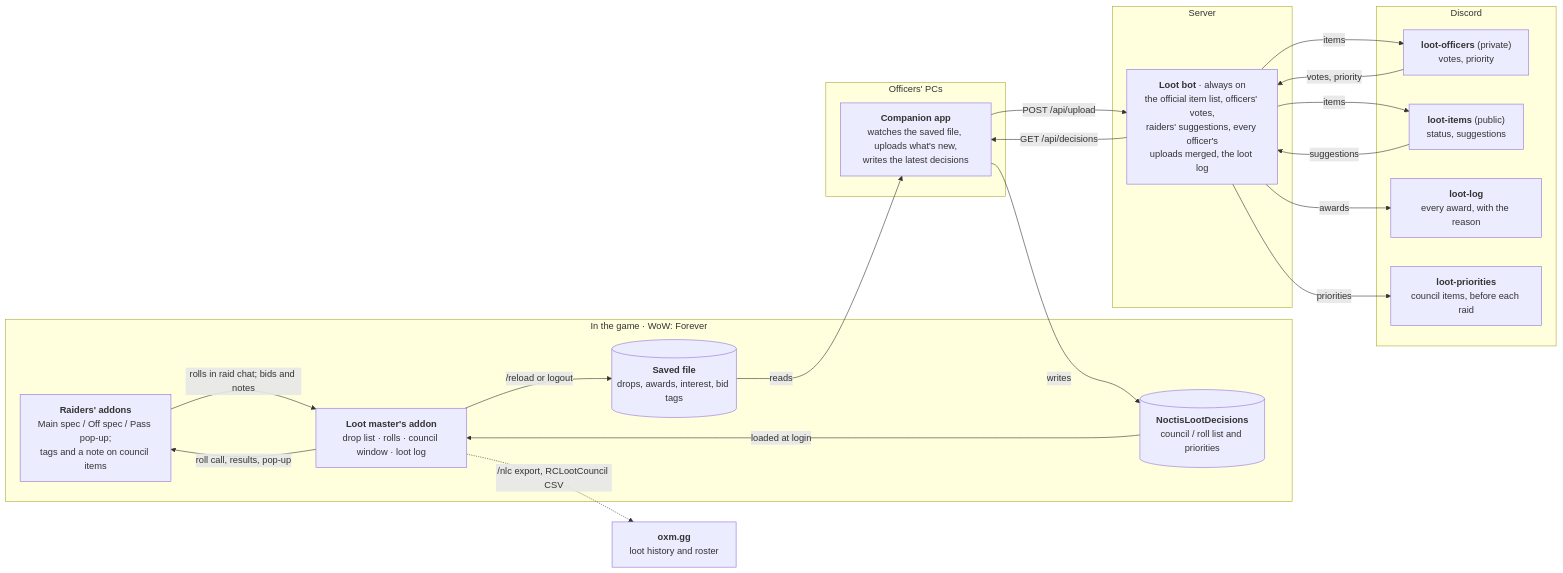
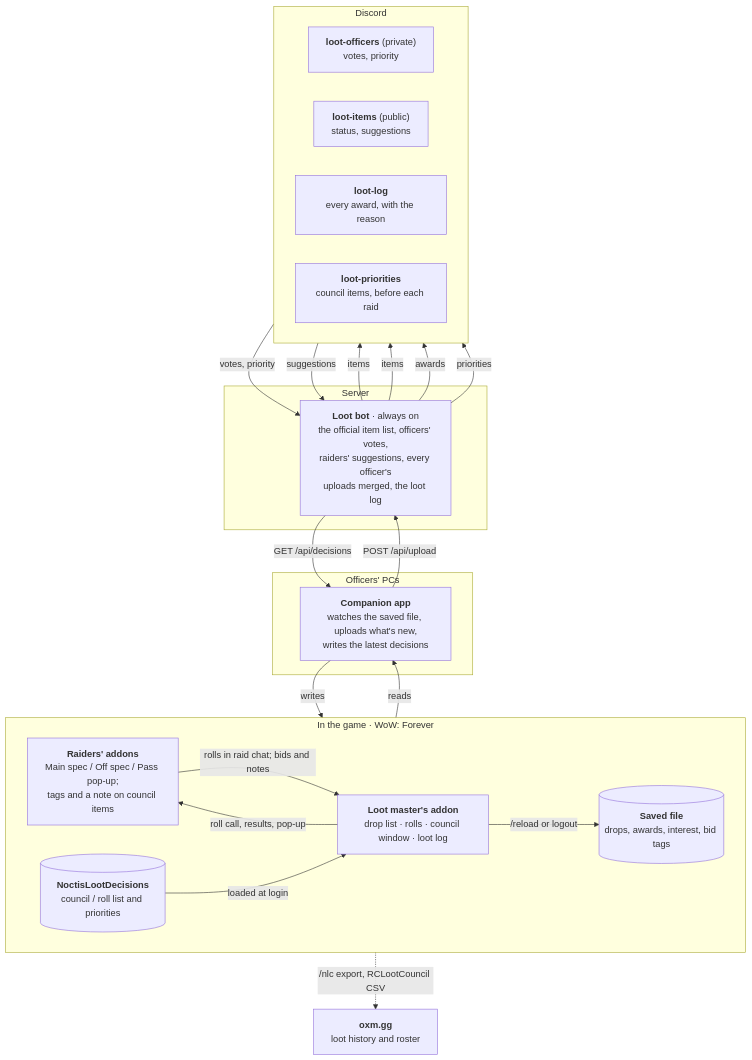
Before and after one commit to KadmaiDev/NoctisLootCouncil: the diagram in README.md, drawn with Mermaid. The commit also changed other lines of this file, not shown here.

Commit message:
README: system map top to bottom so it fits; a placeholder GitHub swallowed

````diff
--- a/README.md
+++ b/README.md
@@ -19,38 +19,40 @@
 ```mermaid
-flowchart LR
+flowchart TB
   subgraph game["In the game · WoW: Forever"]
+    direction LR
     raiders["<b>Raiders' addons</b><br/>Main spec / Off spec / Pass pop-up;<br/>tags and a note on council items"]
     lm["<b>Loot master's addon</b><br/>drop list · rolls · council window · loot log"]
     saved[("<b>Saved file</b><br/>drops, awards, interest, bid tags")]
     decided[("<b>NoctisLootDecisions</b><br/>council / roll list and priorities")]
   end
   subgraph pc["Officers' PCs"]
     companion["<b>Companion app</b><br/>watches the saved file, uploads what's new,<br/>writes the latest decisions"]
   end
   subgraph server["Server"]
     bot["<b>Loot bot</b> · always on<br/>the official item list, officers' votes,<br/>raiders' suggestions, every officer's<br/>uploads merged, the loot log"]
   end
   subgraph discord["Discord"]
+    direction LR
     officers["<b>loot-officers</b> (private)<br/>votes, priority"]
     items["<b>loot-items</b> (public)<br/>status, suggestions"]
     log["<b>loot-log</b><br/>every award, with the reason"]
     prio["<b>loot-priorities</b><br/>council items, before each raid"]
   end
   oxm["<b>oxm.gg</b><br/>loot history and roster"]
 
   raiders -- "rolls in raid chat; bids and notes" --> lm
   lm -- "roll call, results, pop-up" --> raiders
   lm -- "/reload or logout" --> saved
   decided -- "loaded at login" --> lm
   saved -- reads --> companion
   companion -- writes --> decided
   companion -- "POST /api/upload" --> bot
   bot -- "GET /api/decisions" --> companion
   bot -- "items" --> officers
   bot -- "items" --> items
   officers -- "votes, priority" --> bot
   items -- "suggestions" --> bot
   bot -- "awards" --> log
   bot -- "priorities" --> prio
   lm -. "/nlc export, RCLootCouncil CSV" .-> oxm
 ```
````
